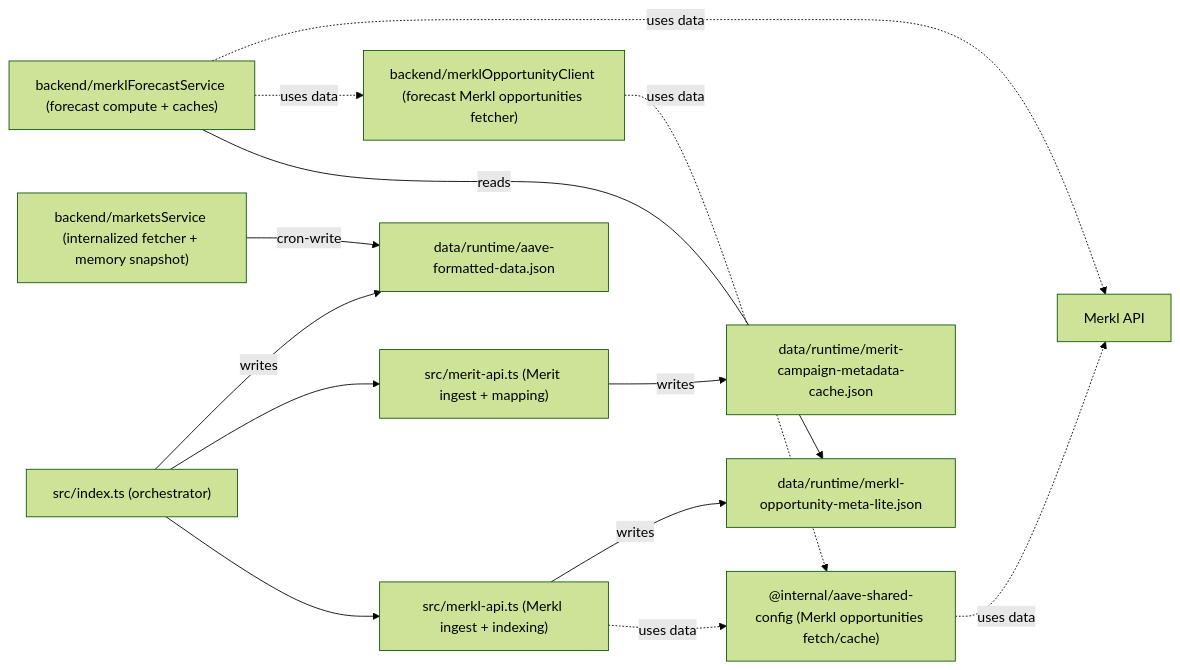
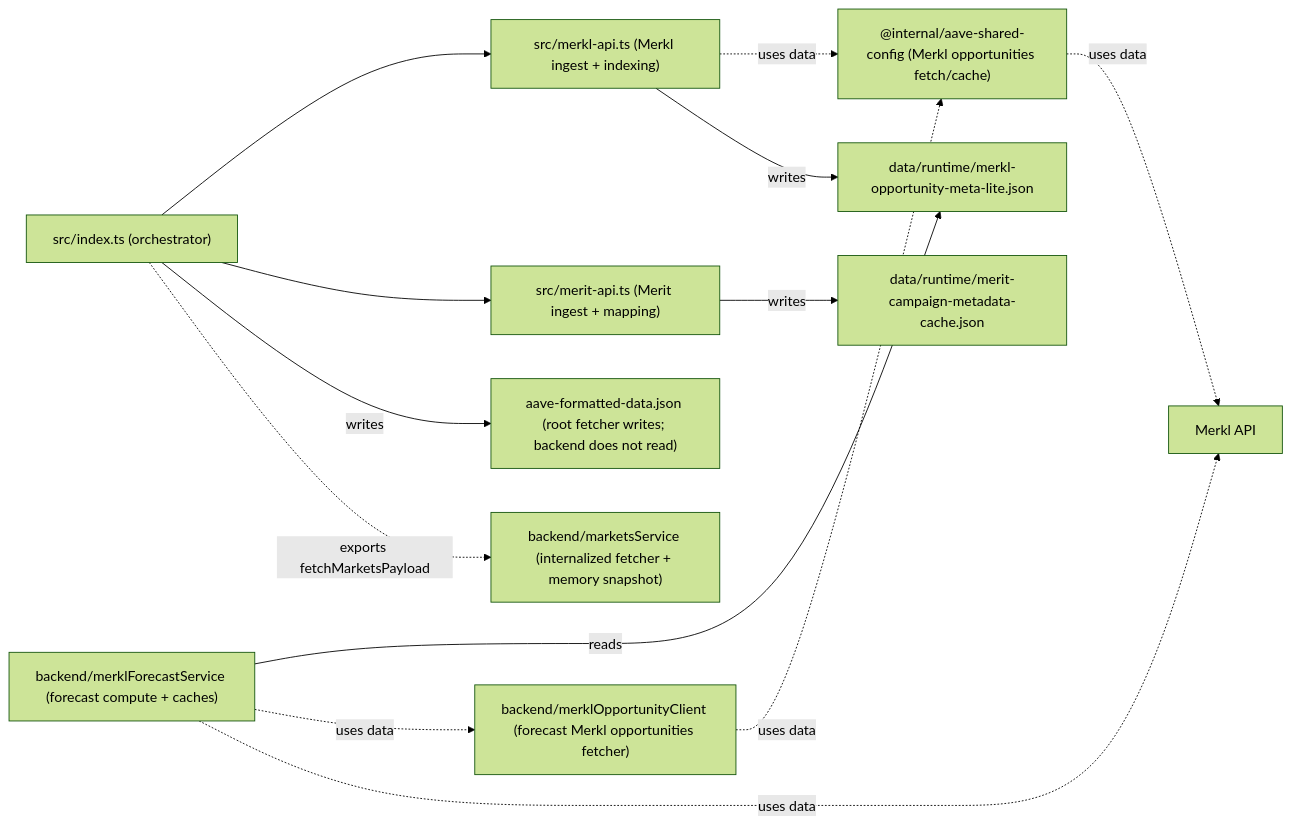
Before and after one commit to 0xPabloLI/aave-protocol-analysis: the first of 7 diagrams in docs/merkl-merit-cache-architecture.md, drawn with Mermaid (forest theme). The commit also changed other lines of this file and 46 other files, not shown here.

First line of the commit message:
refactor: align markets payload and incentive data handling (#55)

````diff
--- a/docs/merkl-merit-cache-architecture.md
+++ b/docs/merkl-merit-cache-architecture.md
@@ -19,28 +19,28 @@
 ```mermaid
 flowchart LR
   IDX["src/index.ts (orchestrator)"]
   MERKL["src/merkl-api.ts (Merkl ingest + indexing)"]
   MERIT["src/merit-api.ts (Merit ingest + mapping)"]
   SHARED["@internal/aave-shared-config (Merkl opportunities fetch/cache)"]
   MKS["backend/marketsService (internalized fetcher + memory snapshot)"]
   FCS["backend/merklForecastService (forecast compute + caches)"]
   MOC["backend/merklOpportunityClient (forecast Merkl opportunities fetcher)"]
   MKLITE["data/runtime/merkl-opportunity-meta-lite.json"]
-  MARKETS["data/runtime/aave-formatted-data.json"]
+  MARKETS["aave-formatted-data.json (root fetcher writes; backend does not read)"]
   TIMER["data/runtime/merit-campaign-metadata-cache.json"]
   MERKLAPI["Merkl API"]
 
   IDX --> MERKL
   IDX --> MERIT
   MERKL -. "uses data" .-> SHARED
   SHARED -. "uses data" .-> MERKLAPI
   MERKL -- "writes" --> MKLITE
   IDX -- "writes" --> MARKETS
   MERIT -- "writes" --> TIMER
 
-  MKS -- "cron-write" --> MARKETS
+  IDX -. "exports fetchMarketsPayload" .-> MKS
   FCS -- "reads" --> MKLITE
   FCS -. "uses data" .-> MOC
   MOC -. "uses data" .-> SHARED
   FCS -. "uses data" .-> MERKLAPI
 ```
````
